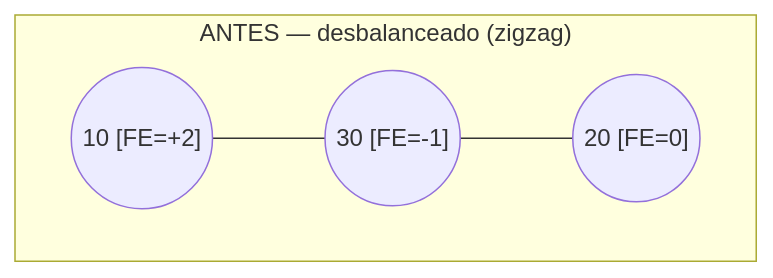
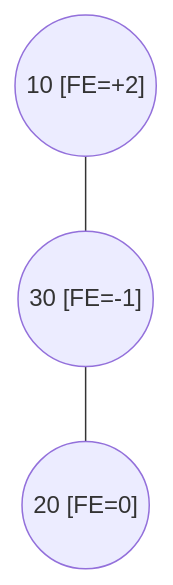
One commit to frijolitobandido/Guia_Matematica_Discreta changed diagram 28 of 34 in 03-arboles.md. Above: the diagram before and after it, drawn with Mermaid. The commit also changed other lines of this file, not shown here.

````diff
--- a/03-arboles.md
+++ b/03-arboles.md
@@ -568,7 +664,5 @@
 ```mermaid
 graph TD
-    subgraph Antes4["ANTES — desbalanceado (zigzag)"]
-        g1(("10 [FE=+2]")) --- g2(("30 [FE=-1]"))
-        g2 --- g3(("20 [FE=0]"))
-    end
+    g1(("10 [FE=+2]")) --- g2(("30 [FE=-1]"))
+    g2 --- g3(("20 [FE=0]"))
 ```
````
